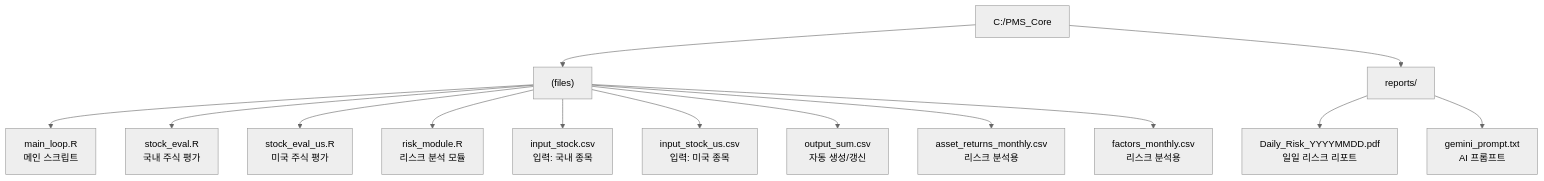
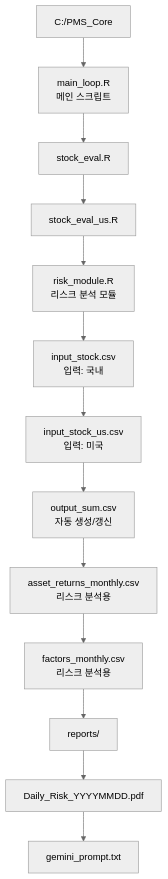
One commit to shbang-cmd/PMS_Core changed the third of 3 diagrams in book/Part2.md. Above: the diagram before and after it, drawn with Mermaid (neutral theme).

Commit message:
Refactor flowchart by removing redundant nodes

````diff
--- a/book/Part2.md
+++ b/book/Part2.md
@@ -896,22 +896,17 @@
 ```mermaid
 flowchart TB
-  ROOT["C:/PMS_Core"] --> FILES["(files)"]
-  ROOT --> REPORTS["reports/"]
-
-  FILES --> F1["main_loop.R<br/>메인 스크립트"]
-  FILES --> F2["stock_eval.R<br/>국내 주식 평가"]
-  FILES --> F3["stock_eval_us.R<br/>미국 주식 평가"]
-  FILES --> F4["risk_module.R<br/>리스크 분석 모듈"]
-
-  FILES --> F5["input_stock.csv<br/>입력: 국내 종목"]
-  FILES --> F6["input_stock_us.csv<br/>입력: 미국 종목"]
-
-  FILES --> F7["output_sum.csv<br/>자동 생성/갱신"]
-  FILES --> F8["asset_returns_monthly.csv<br/>리스크 분석용"]
-  FILES --> F9["factors_monthly.csv<br/>리스크 분석용"]
-
-  REPORTS --> R1["Daily_Risk_YYYYMMDD.pdf<br/>일일 리스크 리포트"]
-  REPORTS --> R2["gemini_prompt.txt<br/>AI 프롬프트"]
-
+  ROOT["C:/PMS_Core"]
+  ROOT --> F1["main_loop.R<br/>메인 스크립트"]
+  F1 --> F2["stock_eval.R"]
+  F2 --> F3["stock_eval_us.R"]
+  F3 --> F4["risk_module.R<br/>리스크 분석 모듈"]
+  F4 --> F5["input_stock.csv<br/>입력: 국내"]
+  F5 --> F6["input_stock_us.csv<br/>입력: 미국"]
+  F6 --> F7["output_sum.csv<br/>자동 생성/갱신"]
+  F7 --> F8["asset_returns_monthly.csv<br/>리스크 분석용"]
+  F8 --> F9["factors_monthly.csv<br/>리스크 분석용"]
+  F9 --> REP["reports/"]
+  REP --> R1["Daily_Risk_YYYYMMDD.pdf"]
+  R1 --> R2["gemini_prompt.txt"]
 
 ```
````
